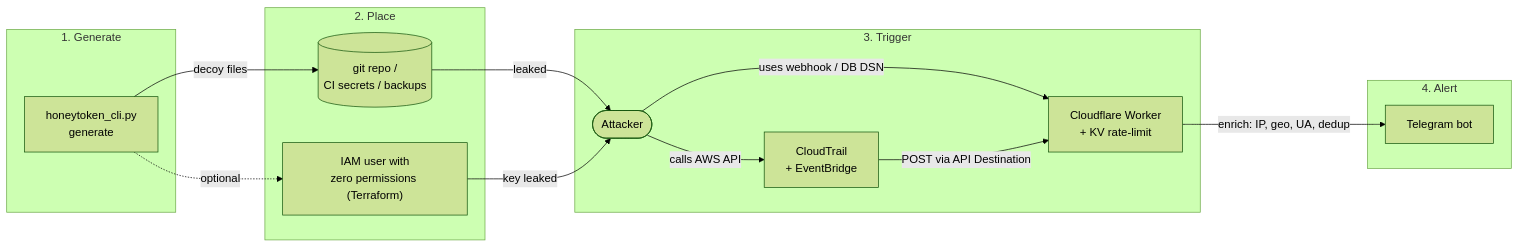
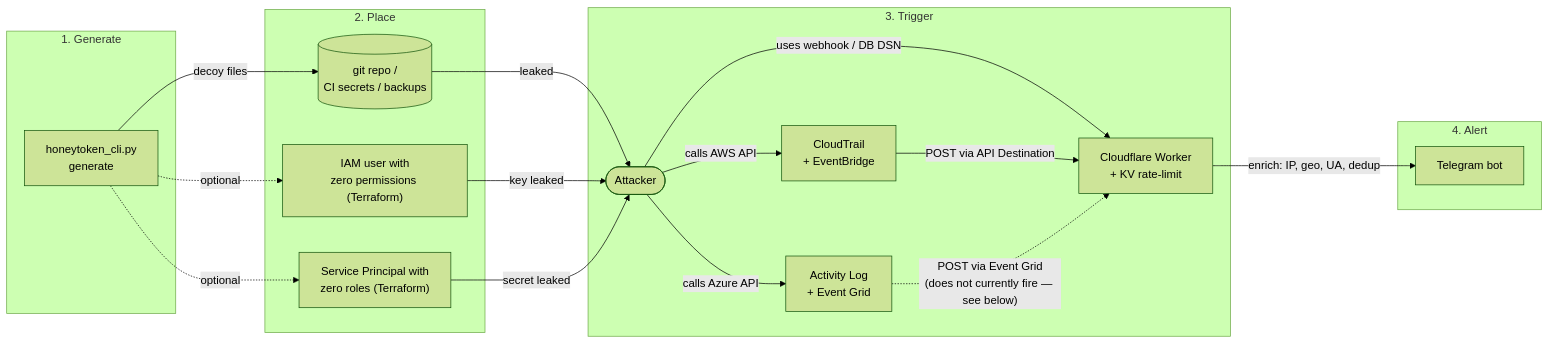
Before and after one commit to dblanko/honeytoken-ecosystem: the diagram in README.md, drawn with Mermaid (forest theme). The commit also changed other lines of this file and 7 other files, not shown here.

Commit message:
Add Azure honeytoken module (experimental, detection not yet working)

````diff
--- a/README.md
+++ b/README.md
@@ -46,30 +49,36 @@
 ```mermaid
 flowchart LR
     subgraph Gen["1. Generate"]
         CLI["honeytoken_cli.py<br/>generate"]
     end
 
     subgraph Deploy["2. Place"]
         Repo[("git repo /<br/>CI secrets / backups")]
         AWSUser["IAM user with<br/>zero permissions (Terraform)"]
+        AzureSP["Service Principal with<br/>zero roles (Terraform)"]
     end
 
     subgraph Trigger["3. Trigger"]
         Attacker(["Attacker"])
         Worker["Cloudflare Worker<br/>+ KV rate-limit"]
         CT["CloudTrail<br/>+ EventBridge"]
+        AL["Activity Log<br/>+ Event Grid"]
     end
 
     subgraph Alert["4. Alert"]
         TG["Telegram bot"]
     end
 
     CLI -->|"decoy files"| Repo
     CLI -.->|"optional"| AWSUser
+    CLI -.->|"optional"| AzureSP
     Repo -->|"leaked"| Attacker
     AWSUser -->|"key leaked"| Attacker
+    AzureSP -->|"secret leaked"| Attacker
     Attacker -->|"uses webhook / DB DSN"| Worker
     Attacker -->|"calls AWS API"| CT
+    Attacker -->|"calls Azure API"| AL
     CT -->|"POST via API Destination"| Worker
+    AL -.->|"POST via Event Grid<br/>(does not currently fire — see below)"| Worker
     Worker -->|"enrich: IP, geo, UA, dedup"| TG
 ```
````
